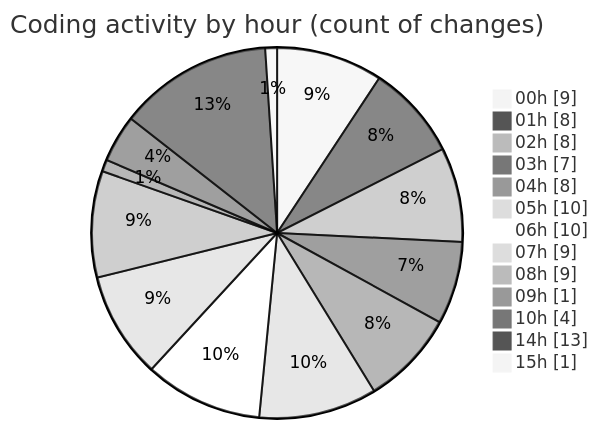
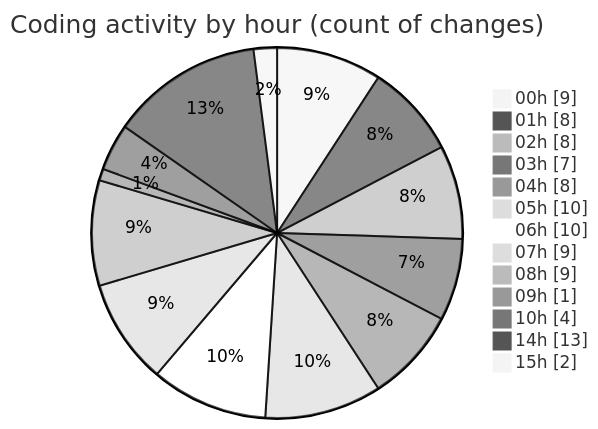
Before and after one commit to jrari/code-tracking: the second of 2 diagrams in 2025-07-14/telebot/README.md, drawn with Mermaid (neutral theme). The commit also changed other lines of this file and 1 other file, not shown here.

````diff
--- a/2025-07-14/telebot/README.md
+++ b/2025-07-14/telebot/README.md
@@ -66,17 +66,17 @@
 ```mermaid
 pie showData
 title Coding activity by hour (count of changes)
 "00h" : 9
 "01h" : 8
 "02h" : 8
 "03h" : 7
 "04h" : 8
 "05h" : 10
 "06h" : 10
 "07h" : 9
 "08h" : 9
 "09h" : 1
 "10h" : 4
 "14h" : 13
-"15h" : 1
+"15h" : 2
 ```
````
